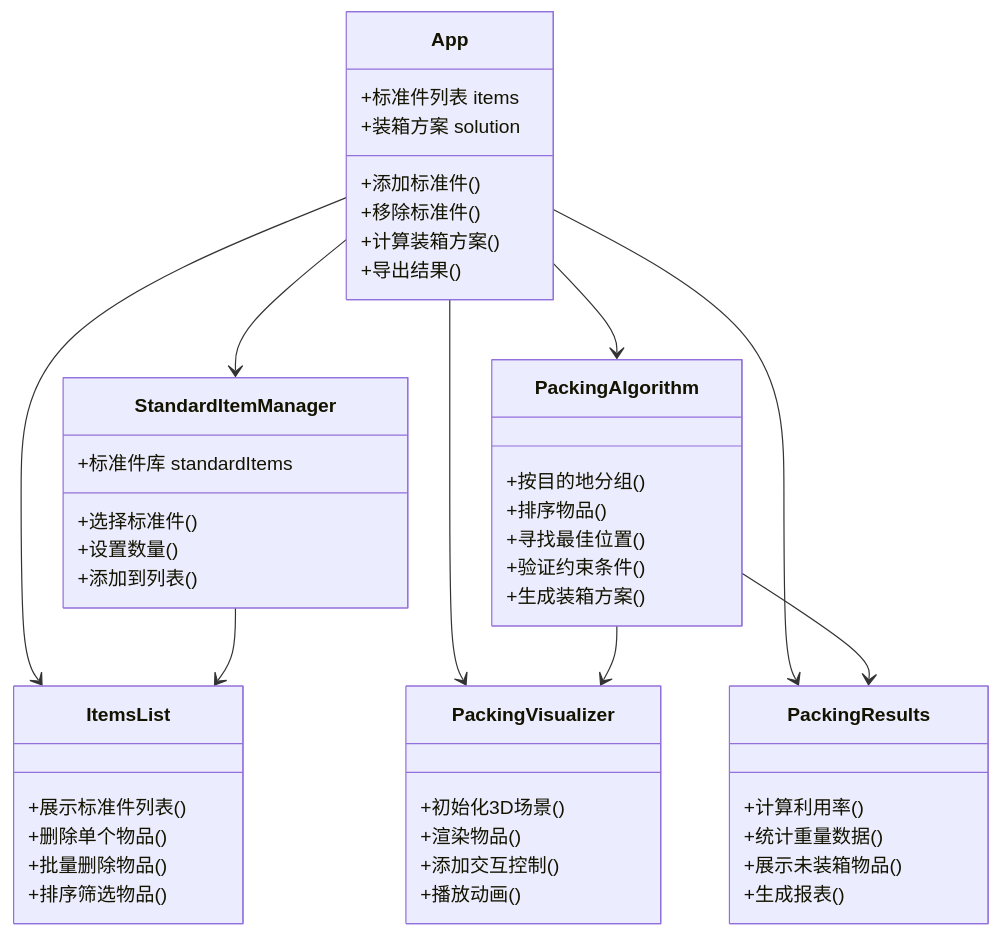
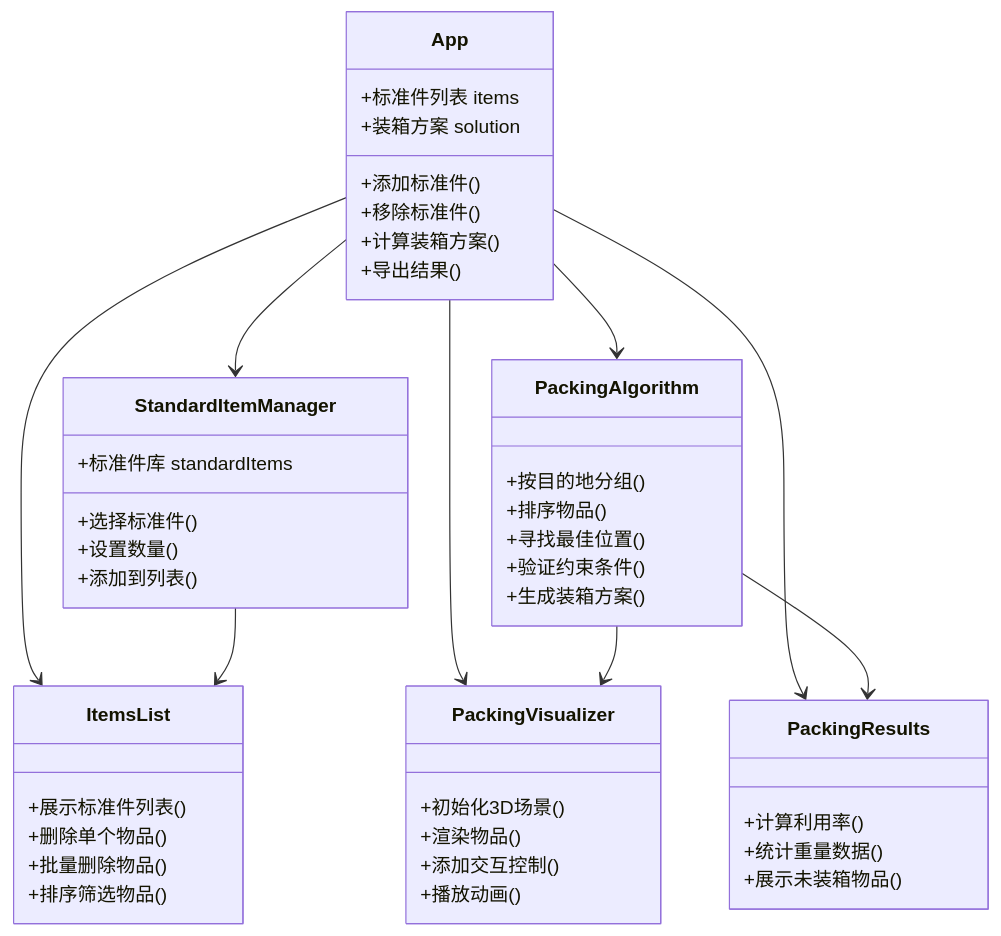
Before and after one commit to MikuGeek/pack-assistant: the fourth of 6 diagrams in doc/ch.md, drawn with Mermaid. The commit also changed other lines of this file, not shown here.

````diff
--- a/doc/ch.md
+++ b/doc/ch.md
@@ -325,57 +323,56 @@
 ```mermaid
 classDiagram
     class App {
         +标准件列表 items
         +装箱方案 solution
         +添加标准件()
         +移除标准件()
         +计算装箱方案()
         +导出结果()
     }
 
     class StandardItemManager {
         +标准件库 standardItems
         +选择标准件()
         +设置数量()
         +添加到列表()
     }
 
     class ItemsList {
         +展示标准件列表()
         +删除单个物品()
         +批量删除物品()
         +排序筛选物品()
     }
 
     class PackingAlgorithm {
         +按目的地分组()
         +排序物品()
         +寻找最佳位置()
         +验证约束条件()
         +生成装箱方案()
     }
 
     class PackingVisualizer {
         +初始化3D场景()
         +渲染物品()
         +添加交互控制()
         +播放动画()
     }
 
     class PackingResults {
         +计算利用率()
         +统计重量数据()
         +展示未装箱物品()
-        +生成报表()
     }
 
     App --> StandardItemManager
     App --> ItemsList
     App --> PackingAlgorithm
     App --> PackingVisualizer
     App --> PackingResults
 
     StandardItemManager --> ItemsList
     PackingAlgorithm --> PackingVisualizer
     PackingAlgorithm --> PackingResults
 ```
````
